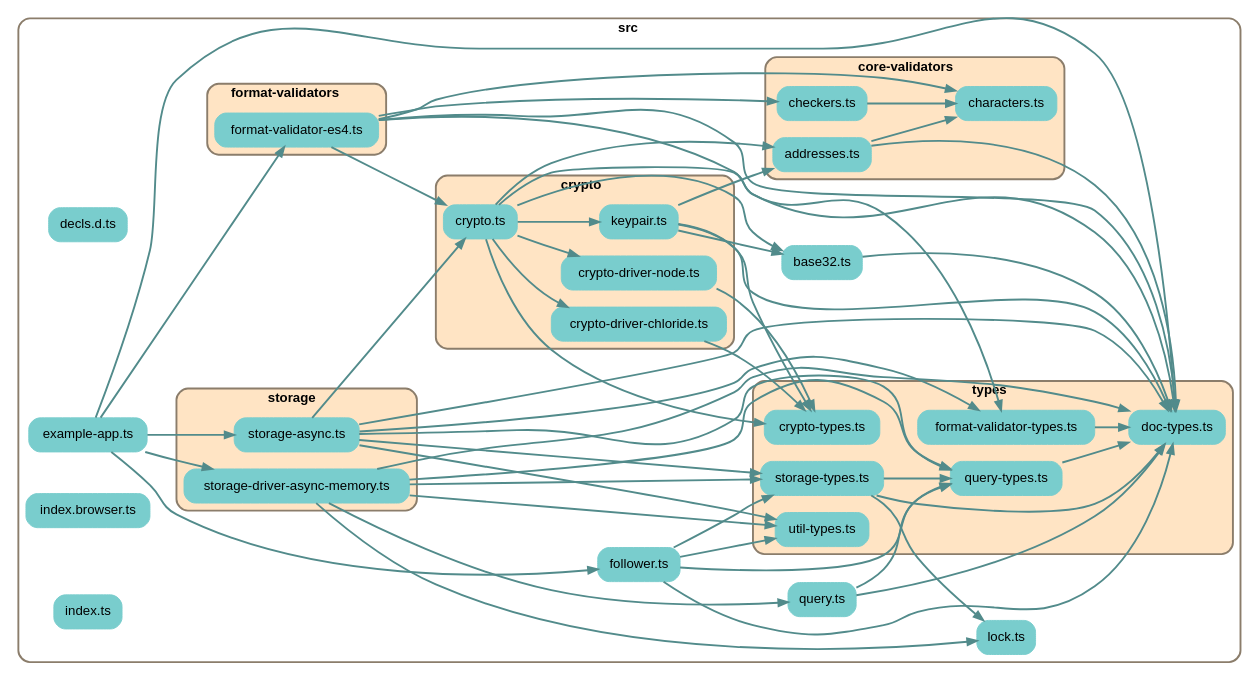
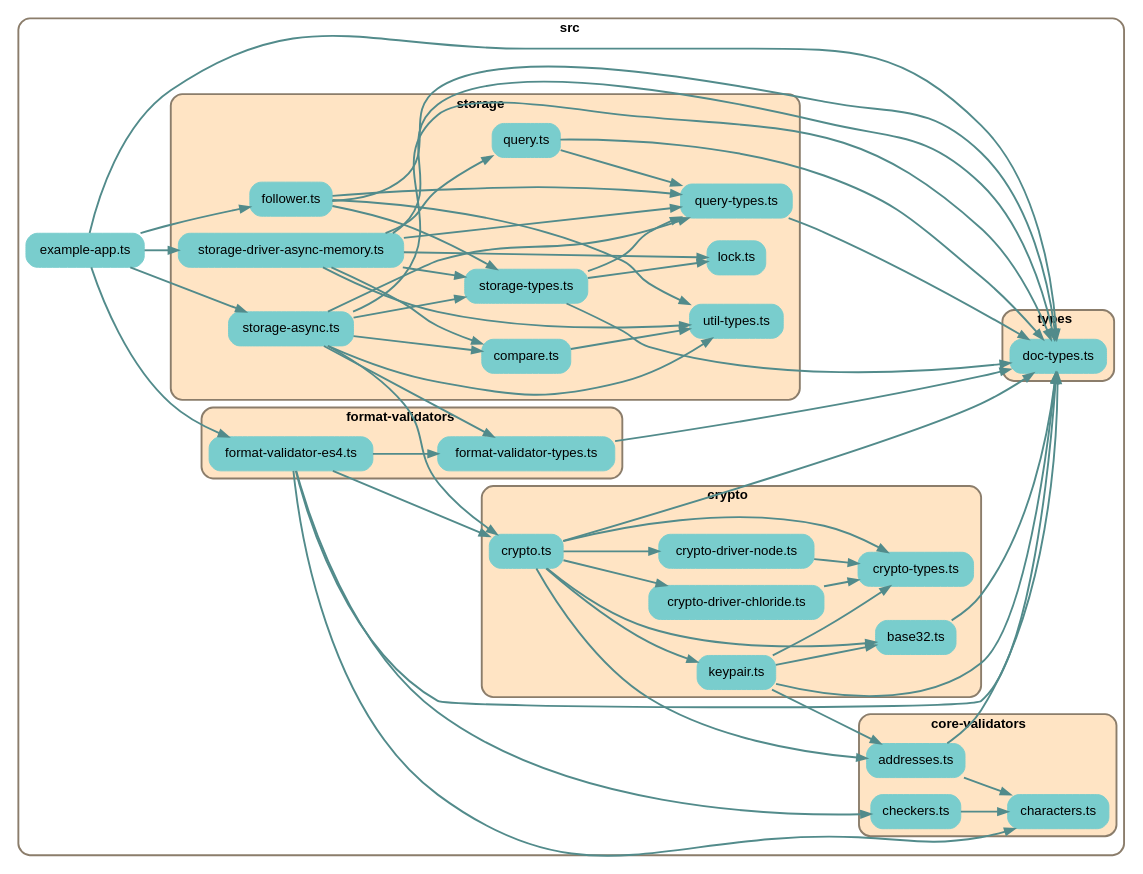
The diagram in depchart/depchart-most.dot (earthstar-project/earthstar), drawn with Graphviz before and after one commit. The commit also changed 11 other files, not shown here.

```diff
--- a/depchart/depchart-most.dot
+++ b/depchart/depchart-most.dot
@@ -12,22 +12,15 @@
     
     // files in their folder clusters
 
-    subgraph cluster193399878 {
+    subgraph cluster9099894032 {
         label=<<b>src</b>>;
         style="rounded";
         color=bisque4;
         penwidth=2;
                     
-        "src/base32.ts" [label="base32.ts", shape=rectangle; style="rounded,filled"; color=darkslategray3];
-        "src/decls.d.ts" [label="decls.d.ts", shape=rectangle; style="rounded,filled"; color=darkslategray3];
         "src/example-app.ts" [label="example-app.ts", shape=rectangle; style="rounded,filled"; color=darkslategray3];
-        "src/follower.ts" [label="follower.ts", shape=rectangle; style="rounded,filled"; color=darkslategray3];
-        "src/index.browser.ts" [label="index.browser.ts", shape=rectangle; style="rounded,filled"; color=darkslategray3];
-        "src/index.ts" [label="index.ts", shape=rectangle; style="rounded,filled"; color=darkslategray3];
-        "src/lock.ts" [label="lock.ts", shape=rectangle; style="rounded,filled"; color=darkslategray3];
-        "src/query.ts" [label="query.ts", shape=rectangle; style="rounded,filled"; color=darkslategray3];
 
-        subgraph cluster178651764 {
+        subgraph cluster3989235523 {
             label=<<b>core-validators</b>>;
             style="rounded,filled";
             fillcolor=bisque;
@@ -39,20 +32,22 @@
             "src/core-validators/checkers.ts" [label="checkers.ts", shape=rectangle; style="rounded,filled"; color=darkslategray3];
         }
 
-        subgraph cluster1094172132 {
+        subgraph cluster1933654245 {
             label=<<b>crypto</b>>;
             style="rounded,filled";
             fillcolor=bisque;
             color=bisque4;
             penwidth=2;
                     
+            "src/crypto/base32.ts" [label="base32.ts", shape=rectangle; style="rounded,filled"; color=darkslategray3];
             "src/crypto/crypto-driver-chloride.ts" [label="crypto-driver-chloride.ts", shape=rectangle; style="rounded,filled"; color=darkslategray3];
             "src/crypto/crypto-driver-node.ts" [label="crypto-driver-node.ts", shape=rectangle; style="rounded,filled"; color=darkslategray3];
+            "src/crypto/crypto-types.ts" [label="crypto-types.ts", shape=rectangle; style="rounded,filled"; color=darkslategray3];
             "src/crypto/crypto.ts" [label="crypto.ts", shape=rectangle; style="rounded,filled"; color=darkslategray3];
             "src/crypto/keypair.ts" [label="keypair.ts", shape=rectangle; style="rounded,filled"; color=darkslategray3];
         }
 
-        subgraph cluster8636579240 {
+        subgraph cluster4050646052 {
             label=<<b>format-validators</b>>;
             style="rounded,filled";
             fillcolor=bisque;
@@ -60,85 +55,91 @@
             penwidth=2;
                     
             "src/format-validators/format-validator-es4.ts" [label="format-validator-es4.ts", shape=rectangle; style="rounded,filled"; color=darkslategray3];
+            "src/format-validators/format-validator-types.ts" [label="format-validator-types.ts", shape=rectangle; style="rounded,filled"; color=darkslategray3];
         }
 
-        subgraph cluster9008069221 {
+        subgraph cluster5886726083 {
             label=<<b>storage</b>>;
             style="rounded,filled";
             fillcolor=bisque;
             color=bisque4;
             penwidth=2;
                     
+            "src/storage/compare.ts" [label="compare.ts", shape=rectangle; style="rounded,filled"; color=darkslategray3];
+            "src/storage/follower.ts" [label="follower.ts", shape=rectangle; style="rounded,filled"; color=darkslategray3];
+            "src/storage/lock.ts" [label="lock.ts", shape=rectangle; style="rounded,filled"; color=darkslategray3];
+            "src/storage/query-types.ts" [label="query-types.ts", shape=rectangle; style="rounded,filled"; color=darkslategray3];
+            "src/storage/query.ts" [label="query.ts", shape=rectangle; style="rounded,filled"; color=darkslategray3];
             "src/storage/storage-async.ts" [label="storage-async.ts", shape=rectangle; style="rounded,filled"; color=darkslategray3];
             "src/storage/storage-driver-async-memory.ts" [label="storage-driver-async-memory.ts", shape=rectangle; style="rounded,filled"; color=darkslategray3];
+            "src/storage/storage-types.ts" [label="storage-types.ts", shape=rectangle; style="rounded,filled"; color=darkslategray3];
+            "src/storage/util-types.ts" [label="util-types.ts", shape=rectangle; style="rounded,filled"; color=darkslategray3];
         }
 
-        subgraph cluster5125460292 {
+        subgraph cluster7837298184 {
             label=<<b>types</b>>;
             style="rounded,filled";
             fillcolor=bisque;
             color=bisque4;
             penwidth=2;
                     
-            "src/types/crypto-types.ts" [label="crypto-types.ts", shape=rectangle; style="rounded,filled"; color=darkslategray3];
             "src/types/doc-types.ts" [label="doc-types.ts", shape=rectangle; style="rounded,filled"; color=darkslategray3];
-            "src/types/format-validator-types.ts" [label="format-validator-types.ts", shape=rectangle; style="rounded,filled"; color=darkslategray3];
-            "src/types/query-types.ts" [label="query-types.ts", shape=rectangle; style="rounded,filled"; color=darkslategray3];
-            "src/types/storage-types.ts" [label="storage-types.ts", shape=rectangle; style="rounded,filled"; color=darkslategray3];
-            "src/types/util-types.ts" [label="util-types.ts", shape=rectangle; style="rounded,filled"; color=darkslategray3];
         }
     }
 
     // edges between files
-    "src/base32.ts" -> "src/types/doc-types.ts" [penwidth=2; color=darkslategray4];
     "src/core-validators/addresses.ts" -> "src/types/doc-types.ts" [penwidth=2; color=darkslategray4];
     "src/core-validators/addresses.ts" -> "src/core-validators/characters.ts" [penwidth=2; color=darkslategray4];
     "src/core-validators/checkers.ts" -> "src/core-validators/characters.ts" [penwidth=2; color=darkslategray4];
-    "src/crypto/crypto-driver-chloride.ts" -> "src/types/crypto-types.ts" [penwidth=2; color=darkslategray4];
-    "src/crypto/crypto-driver-node.ts" -> "src/types/crypto-types.ts" [penwidth=2; color=darkslategray4];
+    "src/crypto/base32.ts" -> "src/types/doc-types.ts" [penwidth=2; color=darkslategray4];
+    "src/crypto/crypto-driver-chloride.ts" -> "src/crypto/crypto-types.ts" [penwidth=2; color=darkslategray4];
+    "src/crypto/crypto-driver-node.ts" -> "src/crypto/crypto-types.ts" [penwidth=2; color=darkslategray4];
     "src/crypto/crypto.ts" -> "src/crypto/crypto-driver-chloride.ts" [penwidth=2; color=darkslategray4];
     "src/crypto/crypto.ts" -> "src/crypto/crypto-driver-node.ts" [penwidth=2; color=darkslategray4];
     "src/crypto/crypto.ts" -> "src/types/doc-types.ts" [penwidth=2; color=darkslategray4];
-    "src/crypto/crypto.ts" -> "src/types/crypto-types.ts" [penwidth=2; color=darkslategray4];
-    "src/crypto/crypto.ts" -> "src/base32.ts" [penwidth=2; color=darkslategray4];
+    "src/crypto/crypto.ts" -> "src/crypto/crypto-types.ts" [penwidth=2; color=darkslategray4];
+    "src/crypto/crypto.ts" -> "src/crypto/base32.ts" [penwidth=2; color=darkslategray4];
     "src/crypto/crypto.ts" -> "src/crypto/keypair.ts" [penwidth=2; color=darkslategray4];
     "src/crypto/crypto.ts" -> "src/core-validators/addresses.ts" [penwidth=2; color=darkslategray4];
     "src/crypto/keypair.ts" -> "src/types/doc-types.ts" [penwidth=2; color=darkslategray4];
-    "src/crypto/keypair.ts" -> "src/base32.ts" [penwidth=2; color=darkslategray4];
-    "src/crypto/keypair.ts" -> "src/types/crypto-types.ts" [penwidth=2; color=darkslategray4];
+    "src/crypto/keypair.ts" -> "src/crypto/base32.ts" [penwidth=2; color=darkslategray4];
+    "src/crypto/keypair.ts" -> "src/crypto/crypto-types.ts" [penwidth=2; color=darkslategray4];
     "src/crypto/keypair.ts" -> "src/core-validators/addresses.ts" [penwidth=2; color=darkslategray4];
     "src/example-app.ts" -> "src/types/doc-types.ts" [penwidth=2; color=darkslategray4];
     "src/example-app.ts" -> "src/format-validators/format-validator-es4.ts" [penwidth=2; color=darkslategray4];
     "src/example-app.ts" -> "src/storage/storage-driver-async-memory.ts" [penwidth=2; color=darkslategray4];
     "src/example-app.ts" -> "src/storage/storage-async.ts" [penwidth=2; color=darkslategray4];
-    "src/example-app.ts" -> "src/follower.ts" [penwidth=2; color=darkslategray4];
-    "src/follower.ts" -> "src/types/util-types.ts" [penwidth=2; color=darkslategray4];
-    "src/follower.ts" -> "src/types/doc-types.ts" [penwidth=2; color=darkslategray4];
-    "src/follower.ts" -> "src/types/query-types.ts" [penwidth=2; color=darkslategray4];
-    "src/follower.ts" -> "src/types/storage-types.ts" [penwidth=2; color=darkslategray4];
+    "src/example-app.ts" -> "src/storage/follower.ts" [penwidth=2; color=darkslategray4];
     "src/format-validators/format-validator-es4.ts" -> "src/types/doc-types.ts" [penwidth=2; color=darkslategray4];
-    "src/format-validators/format-validator-es4.ts" -> "src/types/format-validator-types.ts" [penwidth=2; color=darkslategray4];
+    "src/format-validators/format-validator-es4.ts" -> "src/format-validators/format-validator-types.ts" [penwidth=2; color=darkslategray4];
     "src/format-validators/format-validator-es4.ts" -> "src/core-validators/characters.ts" [penwidth=2; color=darkslategray4];
     "src/format-validators/format-validator-es4.ts" -> "src/core-validators/checkers.ts" [penwidth=2; color=darkslategray4];
     "src/format-validators/format-validator-es4.ts" -> "src/crypto/crypto.ts" [penwidth=2; color=darkslategray4];
-    "src/query.ts" -> "src/types/doc-types.ts" [penwidth=2; color=darkslategray4];
-    "src/query.ts" -> "src/types/query-types.ts" [penwidth=2; color=darkslategray4];
-    "src/storage/storage-async.ts" -> "src/types/util-types.ts" [penwidth=2; color=darkslategray4];
+    "src/format-validators/format-validator-types.ts" -> "src/types/doc-types.ts" [penwidth=2; color=darkslategray4];
+    "src/storage/compare.ts" -> "src/storage/util-types.ts" [penwidth=2; color=darkslategray4];
+    "src/storage/follower.ts" -> "src/storage/util-types.ts" [penwidth=2; color=darkslategray4];
+    "src/storage/follower.ts" -> "src/types/doc-types.ts" [penwidth=2; color=darkslategray4];
+    "src/storage/follower.ts" -> "src/storage/query-types.ts" [penwidth=2; color=darkslategray4];
+    "src/storage/follower.ts" -> "src/storage/storage-types.ts" [penwidth=2; color=darkslategray4];
+    "src/storage/query-types.ts" -> "src/types/doc-types.ts" [penwidth=2; color=darkslategray4];
+    "src/storage/query.ts" -> "src/types/doc-types.ts" [penwidth=2; color=darkslategray4];
+    "src/storage/query.ts" -> "src/storage/query-types.ts" [penwidth=2; color=darkslategray4];
+    "src/storage/storage-async.ts" -> "src/storage/util-types.ts" [penwidth=2; color=darkslategray4];
     "src/storage/storage-async.ts" -> "src/types/doc-types.ts" [penwidth=2; color=darkslategray4];
-    "src/storage/storage-async.ts" -> "src/types/query-types.ts" [penwidth=2; color=darkslategray4];
-    "src/storage/storage-async.ts" -> "src/types/storage-types.ts" [penwidth=2; color=darkslategray4];
-    "src/storage/storage-async.ts" -> "src/types/format-validator-types.ts" [penwidth=2; color=darkslategray4];
+    "src/storage/storage-async.ts" -> "src/storage/query-types.ts" [penwidth=2; color=darkslategray4];
+    "src/storage/storage-async.ts" -> "src/storage/storage-types.ts" [penwidth=2; color=darkslategray4];
+    "src/storage/storage-async.ts" -> "src/format-validators/format-validator-types.ts" [penwidth=2; color=darkslategray4];
+    "src/storage/storage-async.ts" -> "src/storage/compare.ts" [penwidth=2; color=darkslategray4];
     "src/storage/storage-async.ts" -> "src/crypto/crypto.ts" [penwidth=2; color=darkslategray4];
-    "src/storage/storage-driver-async-memory.ts" -> "src/types/util-types.ts" [penwidth=2; color=darkslategray4];
+    "src/storage/storage-driver-async-memory.ts" -> "src/storage/util-types.ts" [penwidth=2; color=darkslategray4];
     "src/storage/storage-driver-async-memory.ts" -> "src/types/doc-types.ts" [penwidth=2; color=darkslategray4];
-    "src/storage/storage-driver-async-memory.ts" -> "src/types/query-types.ts" [penwidth=2; color=darkslategray4];
-    "src/storage/storage-driver-async-memory.ts" -> "src/types/storage-types.ts" [penwidth=2; color=darkslategray4];
-    "src/storage/storage-driver-async-memory.ts" -> "src/query.ts" [penwidth=2; color=darkslategray4];
-    "src/storage/storage-driver-async-memory.ts" -> "src/lock.ts" [penwidth=2; color=darkslategray4];
-    "src/types/format-validator-types.ts" -> "src/types/doc-types.ts" [penwidth=2; color=darkslategray4];
-    "src/types/query-types.ts" -> "src/types/doc-types.ts" [penwidth=2; color=darkslategray4];
-    "src/types/storage-types.ts" -> "src/types/doc-types.ts" [penwidth=2; color=darkslategray4];
-    "src/types/storage-types.ts" -> "src/types/query-types.ts" [penwidth=2; color=darkslategray4];
-    "src/types/storage-types.ts" -> "src/lock.ts" [penwidth=2; color=darkslategray4];
+    "src/storage/storage-driver-async-memory.ts" -> "src/storage/query-types.ts" [penwidth=2; color=darkslategray4];
+    "src/storage/storage-driver-async-memory.ts" -> "src/storage/storage-types.ts" [penwidth=2; color=darkslategray4];
+    "src/storage/storage-driver-async-memory.ts" -> "src/storage/compare.ts" [penwidth=2; color=darkslategray4];
+    "src/storage/storage-driver-async-memory.ts" -> "src/storage/query.ts" [penwidth=2; color=darkslategray4];
+    "src/storage/storage-driver-async-memory.ts" -> "src/storage/lock.ts" [penwidth=2; color=darkslategray4];
+    "src/storage/storage-types.ts" -> "src/types/doc-types.ts" [penwidth=2; color=darkslategray4];
+    "src/storage/storage-types.ts" -> "src/storage/query-types.ts" [penwidth=2; color=darkslategray4];
+    "src/storage/storage-types.ts" -> "src/storage/lock.ts" [penwidth=2; color=darkslategray4];
 
 }
```
